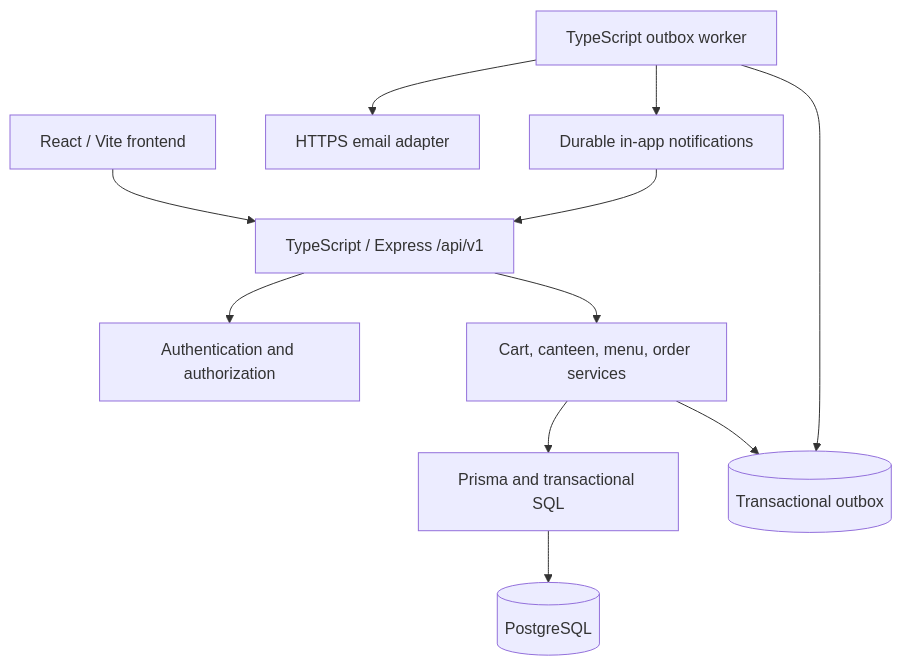
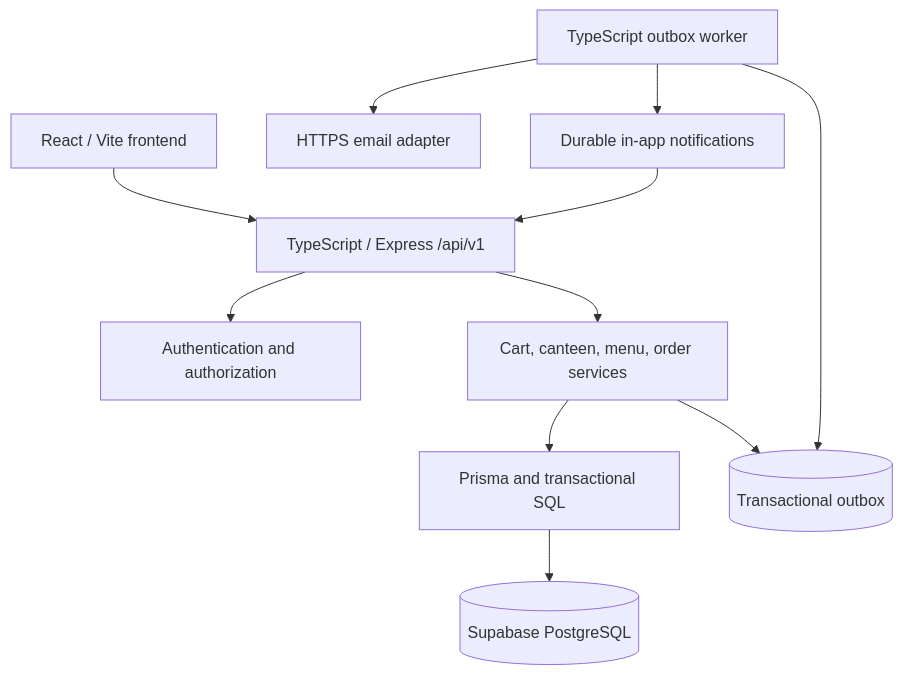
One commit to tanu15-png/Build_BV changed the first of 2 diagrams in backend/backend.md. Above: the diagram before and after it, drawn with Mermaid. The commit also changed other lines of this file and 20 other files, not shown here.

````diff
--- a/backend/backend.md
+++ b/backend/backend.md
@@ -17,13 +17,13 @@
 ```mermaid
 flowchart TD
     React[React / Vite frontend] --> API[TypeScript / Express /api/v1]
     API --> Auth[Authentication and authorization]
     API --> Services[Cart, canteen, menu, order services]
     Services --> Prisma[Prisma and transactional SQL]
-    Prisma --> DB[(PostgreSQL)]
+    Prisma --> DB[(Supabase PostgreSQL)]
     Services --> Outbox[(Transactional outbox)]
     Worker[TypeScript outbox worker] --> Outbox
     Worker --> Mail[HTTPS email adapter]
     Worker --> Notifications[Durable in-app notifications]
     Notifications --> API
 ```
````
